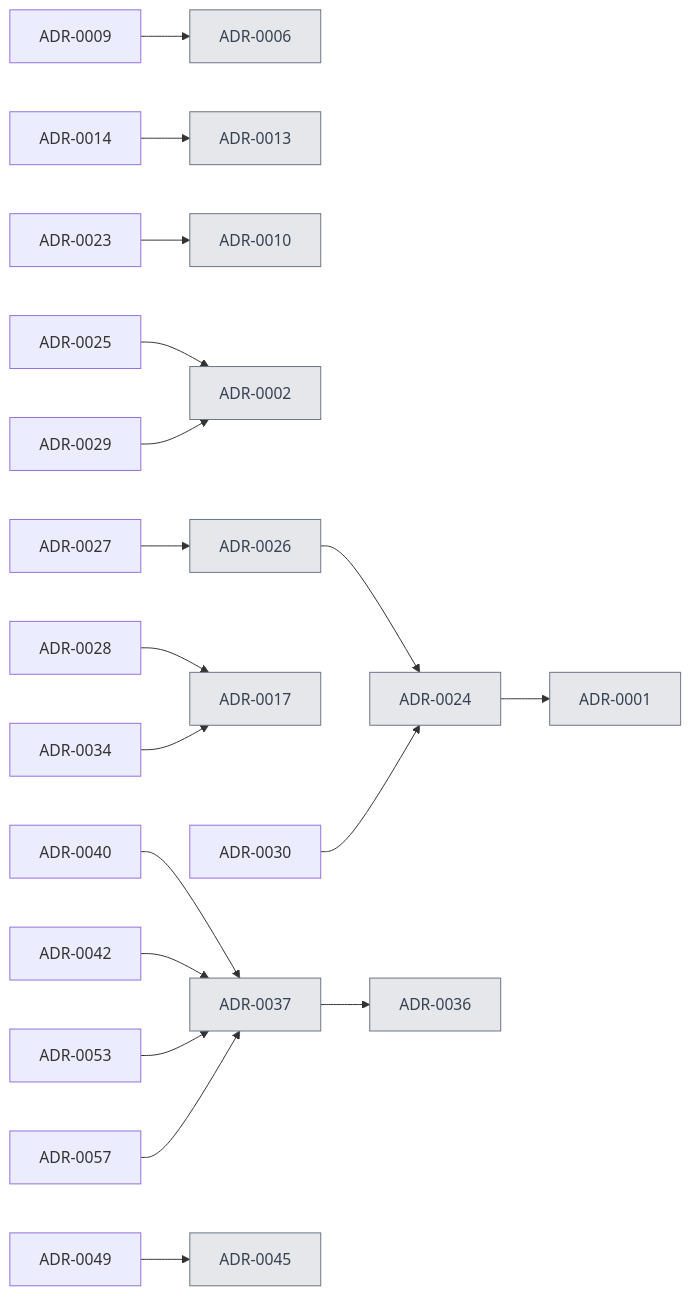
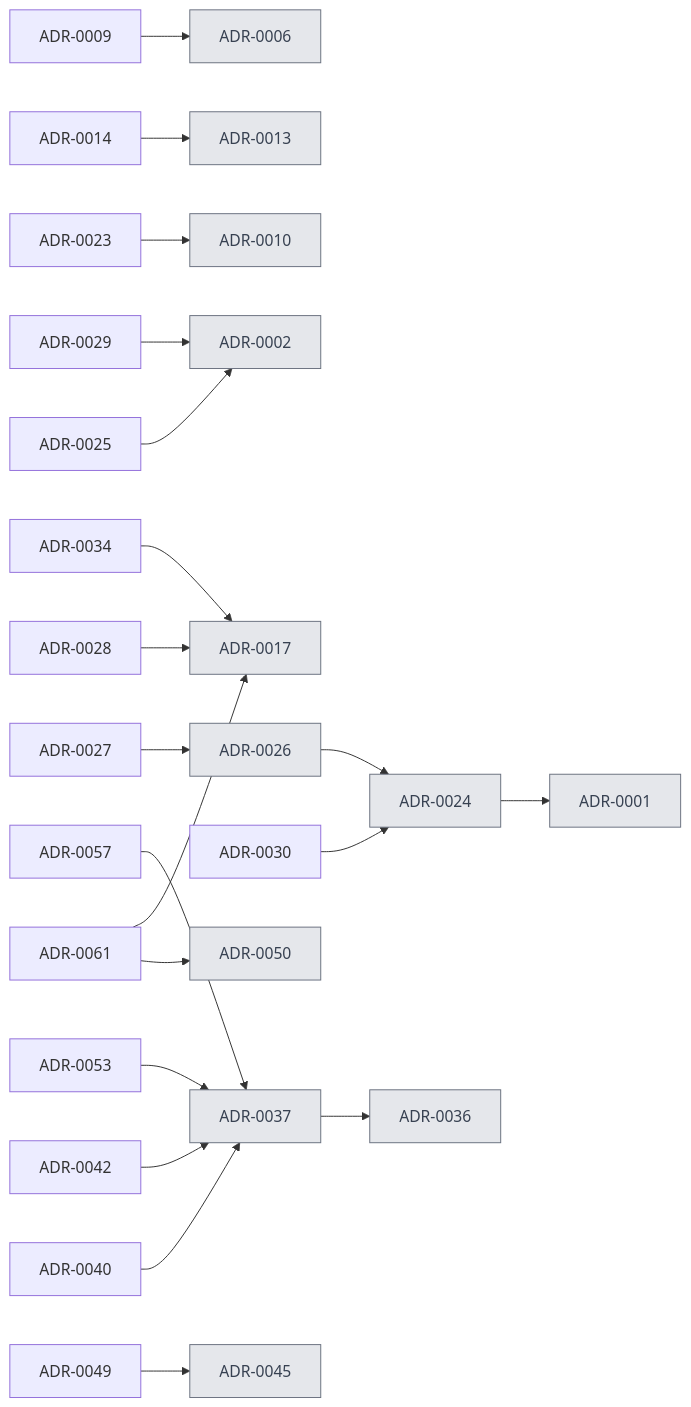
One commit to VM-s-Solutions/cleansia changed the diagram in docs/decisions/index.md. Above: the diagram before and after it, drawn with Mermaid. The commit also changed other lines of this file and 34 other files, not shown here.

````diff
--- a/docs/decisions/index.md
+++ b/docs/decisions/index.md
@@ -18,22 +18,24 @@
 ```mermaid
 flowchart LR
   A0009[ADR-0009] --> A0006[ADR-0006]
   A0014[ADR-0014] --> A0013[ADR-0013]
   A0023[ADR-0023] --> A0010[ADR-0010]
   A0024[ADR-0024] --> A0001[ADR-0001]
   A0025[ADR-0025] --> A0002[ADR-0002]
   A0026[ADR-0026] --> A0024[ADR-0024]
   A0027[ADR-0027] --> A0026[ADR-0026]
   A0028[ADR-0028] --> A0017[ADR-0017]
   A0029[ADR-0029] --> A0002[ADR-0002]
   A0030[ADR-0030] --> A0024[ADR-0024]
   A0034[ADR-0034] --> A0017[ADR-0017]
   A0037[ADR-0037] --> A0036[ADR-0036]
   A0040[ADR-0040] --> A0037[ADR-0037]
   A0042[ADR-0042] --> A0037[ADR-0037]
   A0049[ADR-0049] --> A0045[ADR-0045]
   A0053[ADR-0053] --> A0037[ADR-0037]
   A0057[ADR-0057] --> A0037[ADR-0037]
+  A0061[ADR-0061] --> A0050[ADR-0050]
+  A0061[ADR-0061] --> A0017[ADR-0017]
   classDef old fill:#e5e7eb,stroke:#6b7280,color:#374151
-  class A0001,A0002,A0006,A0010,A0013,A0017,A0024,A0026,A0036,A0037,A0045 old
+  class A0001,A0002,A0006,A0010,A0013,A0017,A0024,A0026,A0036,A0037,A0045,A0050 old
 ```
````
